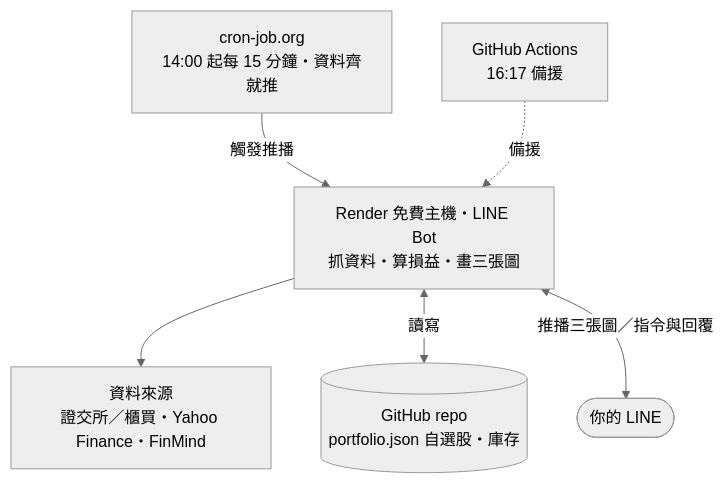
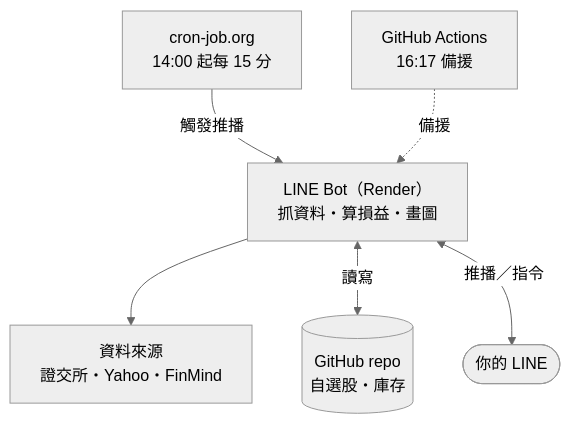
One commit to scm611-byte/line-market-bot changed the first of 3 diagrams in README.md. Above: the diagram before and after it, drawn with Mermaid.

Commit message:
README：運作方式圖文字精簡

````diff
--- a/README.md
+++ b/README.md
@@ -24,16 +24,16 @@
 ```mermaid
 %%{init: {"theme": "neutral"}}%%
 flowchart TB
-    cron["cron-job.org<br/>14:00 起每 15 分鐘・資料齊就推"]
+    cron["cron-job.org<br/>14:00 起每 15 分"]
     gha["GitHub Actions<br/>16:17 備援"]
-    bot["Render 免費主機・LINE Bot<br/>抓資料・算損益・畫三張圖"]
-    data["資料來源<br/>證交所／櫃買・Yahoo Finance・FinMind"]
-    repo[("GitHub repo<br/>portfolio.json 自選股・庫存")]
+    bot["LINE Bot（Render）<br/>抓資料・算損益・畫圖"]
+    data["資料來源<br/>證交所・Yahoo・FinMind"]
+    repo[("GitHub repo<br/>自選股・庫存")]
     you(["你的 LINE"])
 
     cron -->|觸發推播| bot
     gha -.->|備援| bot
     bot --> data
     bot <-->|讀寫| repo
-    bot <-->|推播三張圖／指令與回覆| you
+    bot <-->|推播／指令| you
 ```
````
